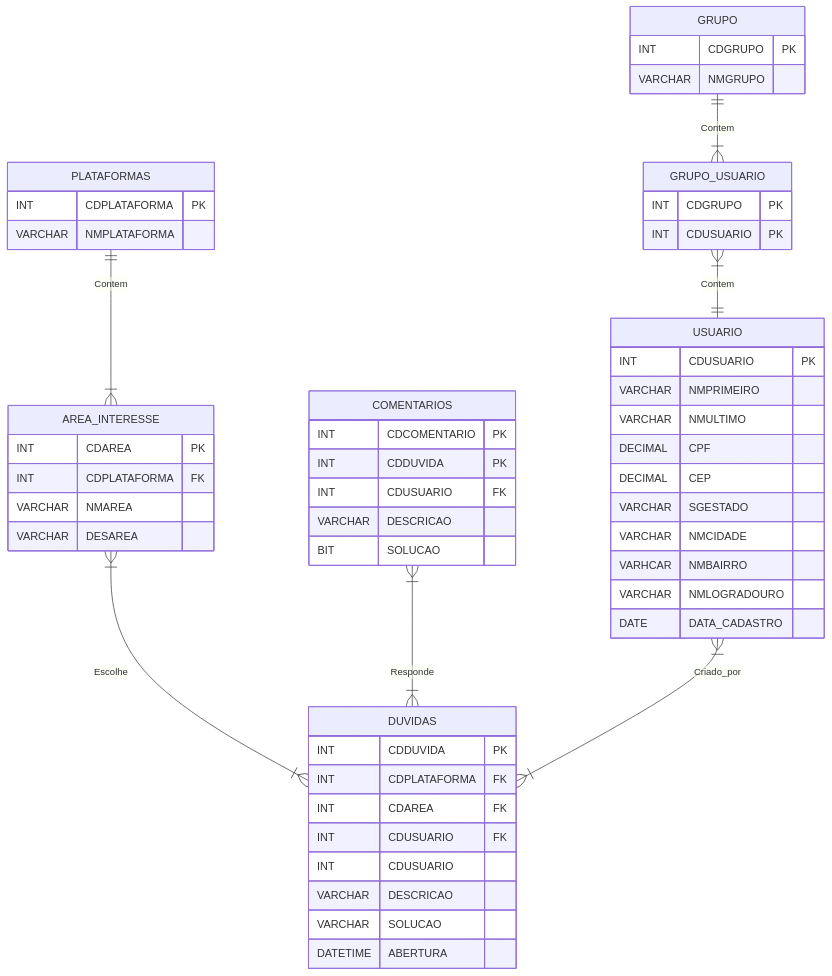
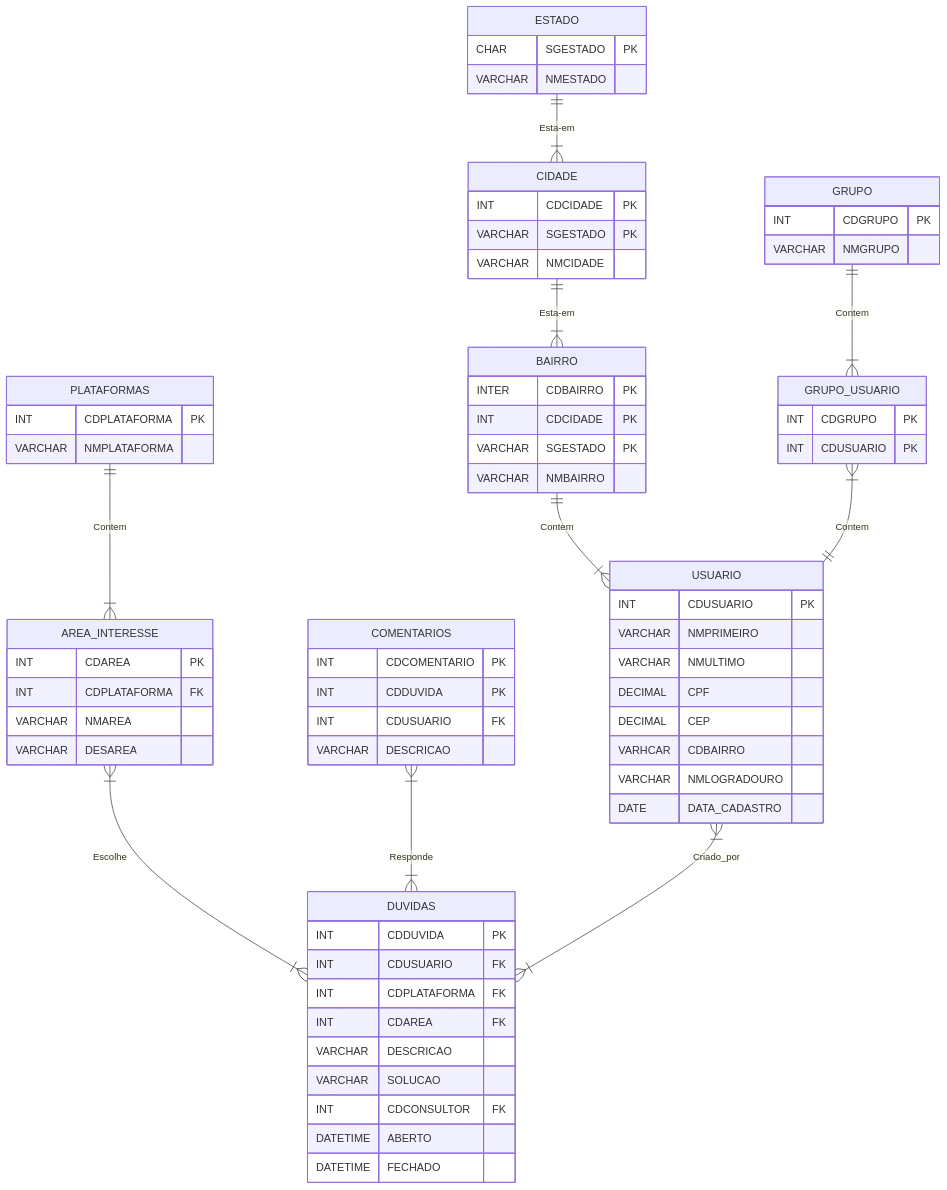
One commit to marcg-dev/SQLCursoPratico changed diagram 13 of 13 in pages/Cap2.md. Above: the diagram before and after it, drawn with Mermaid. The commit also changed other lines of this file and 1 other file, not shown here.

````diff
--- a/pages/Cap2.md
+++ b/pages/Cap2.md
@@ -476,56 +530,72 @@
 ```mermaid
     erDiagram
     PLATAFORMAS ||--|{ AREA_INTERESSE : Contem
     PLATAFORMAS {
         INT CDPLATAFORMA PK
         VARCHAR NMPLATAFORMA
     }
     AREA_INTERESSE }|--|{ DUVIDAS : Escolhe
     AREA_INTERESSE {
         INT CDAREA PK
         INT CDPLATAFORMA FK
         VARCHAR NMAREA
         VARCHAR DESAREA
     }
     DUVIDAS {
         INT CDDUVIDA PK
+        INT CDUSUARIO FK
         INT CDPLATAFORMA FK
         INT CDAREA FK
-        INT CDUSUARIO FK
-        INT CDUSUARIO
         VARCHAR DESCRICAO
         VARCHAR SOLUCAO
-        DATETIME ABERTURA
+        INT CDCONSULTOR FK
+        DATETIME ABERTO
+        DATETIME FECHADO
     }
     COMENTARIOS }|--|{ DUVIDAS : Responde
     COMENTARIOS {
         INT CDCOMENTARIO PK
         INT CDDUVIDA PK
         INT CDUSUARIO FK
         VARCHAR DESCRICAO
-        BIT SOLUCAO
     }
     USUARIO }|--|{ DUVIDAS : Criado_por
     USUARIO {
         INT CDUSUARIO PK
         VARCHAR NMPRIMEIRO
         VARCHAR NMULTIMO
         DECIMAL CPF
         DECIMAL CEP
-        VARCHAR SGESTADO
-        VARCHAR NMCIDADE
-        VARHCAR NMBAIRRO
+        VARHCAR CDBAIRRO
         VARCHAR NMLOGRADOURO
         DATE DATA_CADASTRO
+    }
+    ESTADO ||--|{ CIDADE : Esta-em
+    ESTADO {
+        CHAR SGESTADO PK
+        VARCHAR NMESTADO
+    }
+    CIDADE ||--|{ BAIRRO : Esta-em
+    CIDADE {
+        INT CDCIDADE PK
+        VARCHAR SGESTADO PK
+        VARCHAR NMCIDADE
+    }
+    BAIRRO ||--|{ USUARIO : Contem
+    BAIRRO {
+        INTER CDBAIRRO PK
+        INT CDCIDADE PK
+        VARCHAR SGESTADO PK
+        VARCHAR NMBAIRRO
     }
     GRUPO_USUARIO }|--|| USUARIO : Contem
     GRUPO_USUARIO {
         INT CDGRUPO PK
         INT CDUSUARIO PK
     }
     GRUPO ||--|{ GRUPO_USUARIO : Contem
     GRUPO {
         INT CDGRUPO PK
         VARCHAR NMGRUPO
     }
 ```
````
